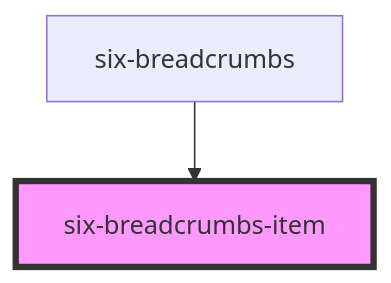
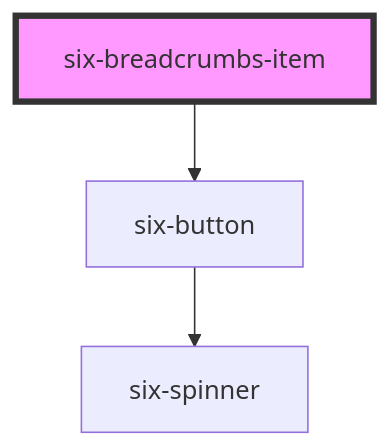
Before and after one commit to six-group/six-webcomponents: the diagram in libraries/ui-library/src/components/six-breadcrumbs-item/readme.md, drawn with Mermaid. The commit also changed other lines of this file and 12 other files, not shown here.

````diff
--- a/libraries/ui-library/src/components/six-breadcrumbs-item/readme.md
+++ b/libraries/ui-library/src/components/six-breadcrumbs-item/readme.md
@@ -30,5 +34,6 @@
 ```mermaid
 graph TD;
-  six-breadcrumbs --> six-breadcrumbs-item
+  six-breadcrumbs-item --> six-button
+  six-button --> six-spinner
   style six-breadcrumbs-item fill:#f9f,stroke:#333,stroke-width:4px
 ```
````
